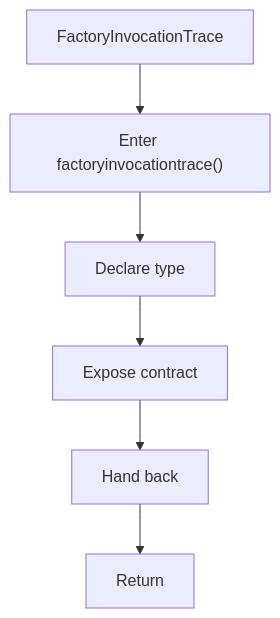
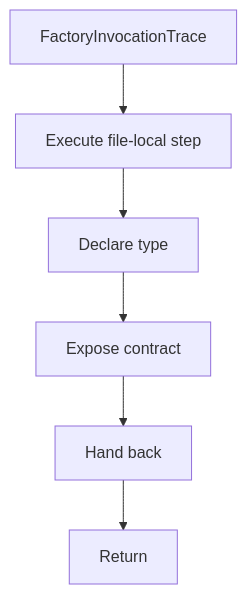
The diagram in docs/Codebase/Microservice/Modules/Header/SyntacticBrokenAST/Trees/Actual/Flow/functions/factoryinvocationtrace.hpp.md (JohnAndrewBalbarosa/NeoTerritory), drawn with Mermaid before and after one commit. The commit also changed other lines of this file and 915 other files, not shown here.

````diff
--- a/docs/Codebase/Microservice/Modules/Header/SyntacticBrokenAST/Trees/Actual/Flow/functions/factoryinvocationtrace.hpp.md
+++ b/docs/Codebase/Microservice/Modules/Header/SyntacticBrokenAST/Trees/Actual/Flow/functions/factoryinvocationtrace.hpp.md
@@ -16,14 +16,14 @@
 ```mermaid
 flowchart TD
     Start["FactoryInvocationTrace"]
-    N0["Enter factoryinvocationtrace()"]
+    N0["Execute file-local step"]
     N1["Declare type"]
     N2["Expose contract"]
     N3["Hand back"]
     End["Return"]
     Start --> N0
     N0 --> N1
     N1 --> N2
     N2 --> N3
     N3 --> End
 ```
````
